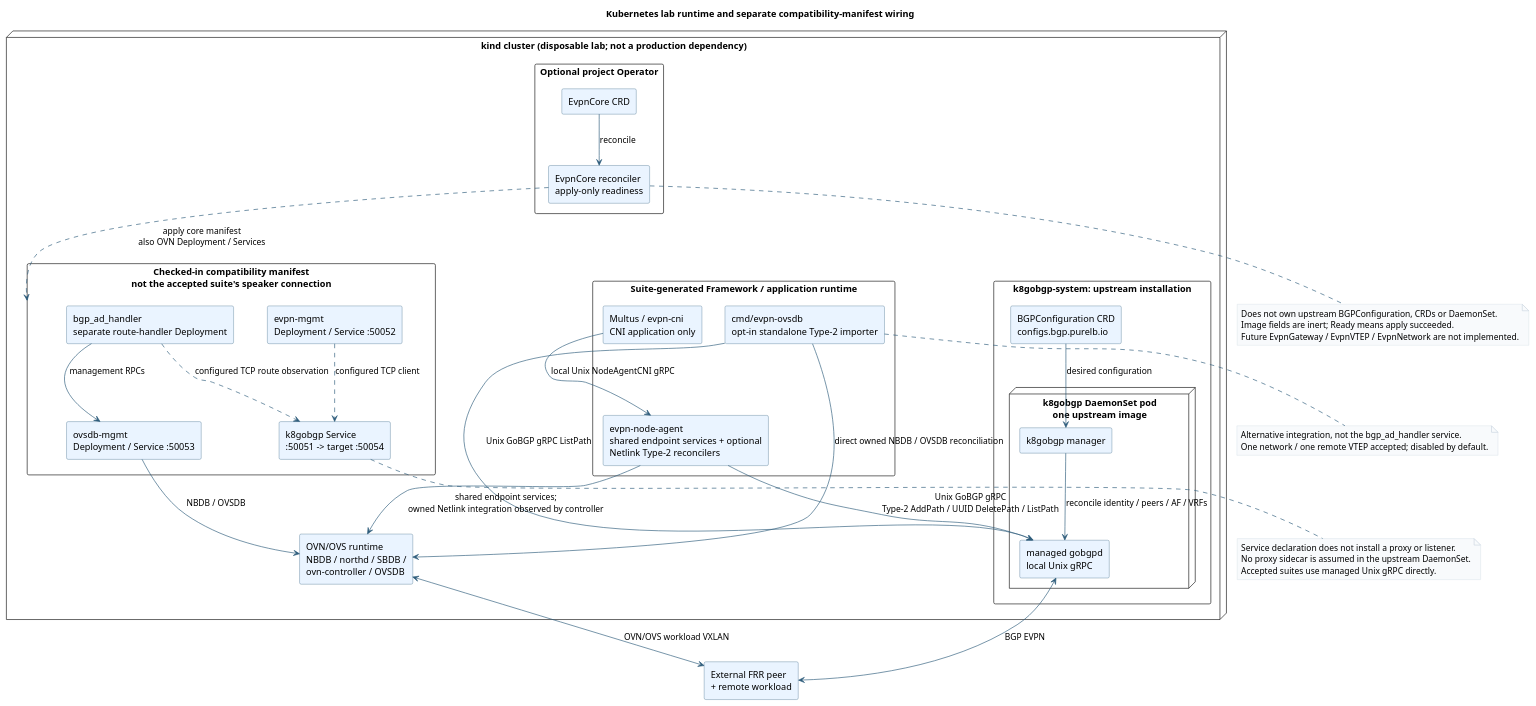
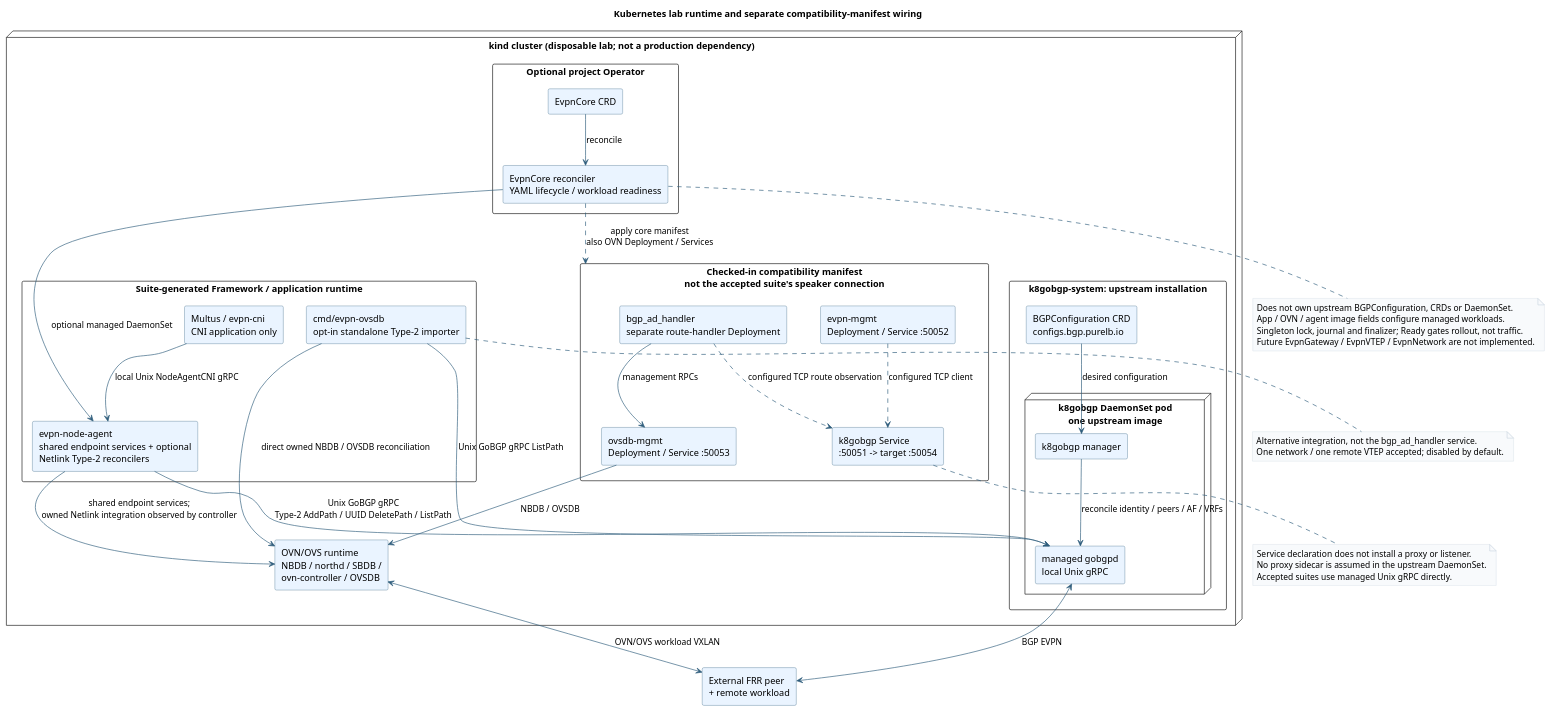
One commit to romanspb80/evpn-for-ovn changed the diagram in docs/uml/evpn-runtime-architecture.puml. Above: the diagram before and after it, drawn with PlantUML. The commit also changed 105 other files, not shown here.

```diff
--- a/docs/uml/evpn-runtime-architecture.puml
+++ b/docs/uml/evpn-runtime-architecture.puml
@@ -1,78 +1,80 @@
 @startuml
 title Kubernetes lab runtime and separate compatibility-manifest wiring
 top to bottom direction
 skinparam shadowing false
 skinparam componentStyle rectangle
 skinparam packageStyle rectangle
 skinparam ArrowColor #2F5D7C
 skinparam note {
   BackgroundColor #F8FAFC
   BorderColor #CBD5E1
 }
 skinparam component {
   BackgroundColor #EAF4FF
   BorderColor #2F5D7C
 }
 skinparam database {
   BackgroundColor #FFF7E7
   BorderColor #D99A22
 }
 
 node "kind cluster (disposable lab; not a production dependency)" {
   package "k8gobgp-system: upstream installation" {
     component "BGPConfiguration CRD\nconfigs.bgp.purelb.io" as BGPConfig
     node "k8gobgp DaemonSet pod\none upstream image" {
       component "k8gobgp manager" as Manager
       component "managed gobgpd\nlocal Unix gRPC" as Speaker
     }
   }
   package "Suite-generated Framework / application runtime" {
     component "evpn-node-agent\nshared endpoint services + optional\nNetlink Type-2 reconcilers" as Agent
     component "Multus / evpn-cni\nCNI application only" as CNI
     component "cmd/evpn-ovsdb\nopt-in standalone Type-2 importer" as Importer
   }
   component "OVN/OVS runtime\nNBDB / northd / SBDB /\novn-controller / OVSDB" as OVN
   package "Checked-in compatibility manifest\nnot the accepted suite's speaker connection" as Bundle {
     component "evpn-mgmt\nDeployment / Service :50052" as EvpnMgmt
     component "ovsdb-mgmt\nDeployment / Service :50053" as OvsdbMgmt
     component "bgp_ad_handler\nseparate route-handler Deployment" as Handler
     component "k8gobgp Service\n:50051 -> target :50054" as BGPService
   }
   package "Optional project Operator" {
     component "EvpnCore CRD" as EvpnCore
-    component "EvpnCore reconciler\napply-only readiness" as Operator
+    component "EvpnCore reconciler\nYAML lifecycle / workload readiness" as Operator
   }
 }
 component "External FRR peer\n+ remote workload" as FRR
 
 BGPConfig --> Manager : desired configuration
 Manager --> Speaker : reconcile identity / peers / AF / VRFs
 Agent --> Speaker : Unix GoBGP gRPC\nType-2 AddPath / UUID DeletePath / ListPath
 Importer --> Speaker : Unix GoBGP gRPC ListPath
 Speaker <--> FRR : BGP EVPN
 CNI --> Agent : local Unix NodeAgentCNI gRPC
 Agent --> OVN : shared endpoint services;\nowned Netlink integration observed by controller
 Importer --> OVN : direct owned NBDB / OVSDB reconciliation
 OVN <--> FRR : OVN/OVS workload VXLAN
 EvpnMgmt ..> BGPService : configured TCP client
 Handler ..> BGPService : configured TCP route observation
 Handler --> OvsdbMgmt : management RPCs
 OvsdbMgmt --> OVN : NBDB / OVSDB
 EvpnCore --> Operator : reconcile
 Operator ..> Bundle : apply core manifest\nalso OVN Deployment / Services
+Operator --> Agent : optional managed DaemonSet
 
 note bottom of BGPService
   Service declaration does not install a proxy or listener.
   No proxy sidecar is assumed in the upstream DaemonSet.
   Accepted suites use managed Unix gRPC directly.
 end note
 note bottom of Operator
   Does not own upstream BGPConfiguration, CRDs or DaemonSet.
-  Image fields are inert; Ready means apply succeeded.
+  App / OVN / agent image fields configure managed workloads.
+  Singleton lock, journal and finalizer; Ready gates rollout, not traffic.
   Future EvpnGateway / EvpnVTEP / EvpnNetwork are not implemented.
 end note
 note bottom of Importer
   Alternative integration, not the bgp_ad_handler service.
   One network / one remote VTEP accepted; disabled by default.
 end note
 @enduml
```
